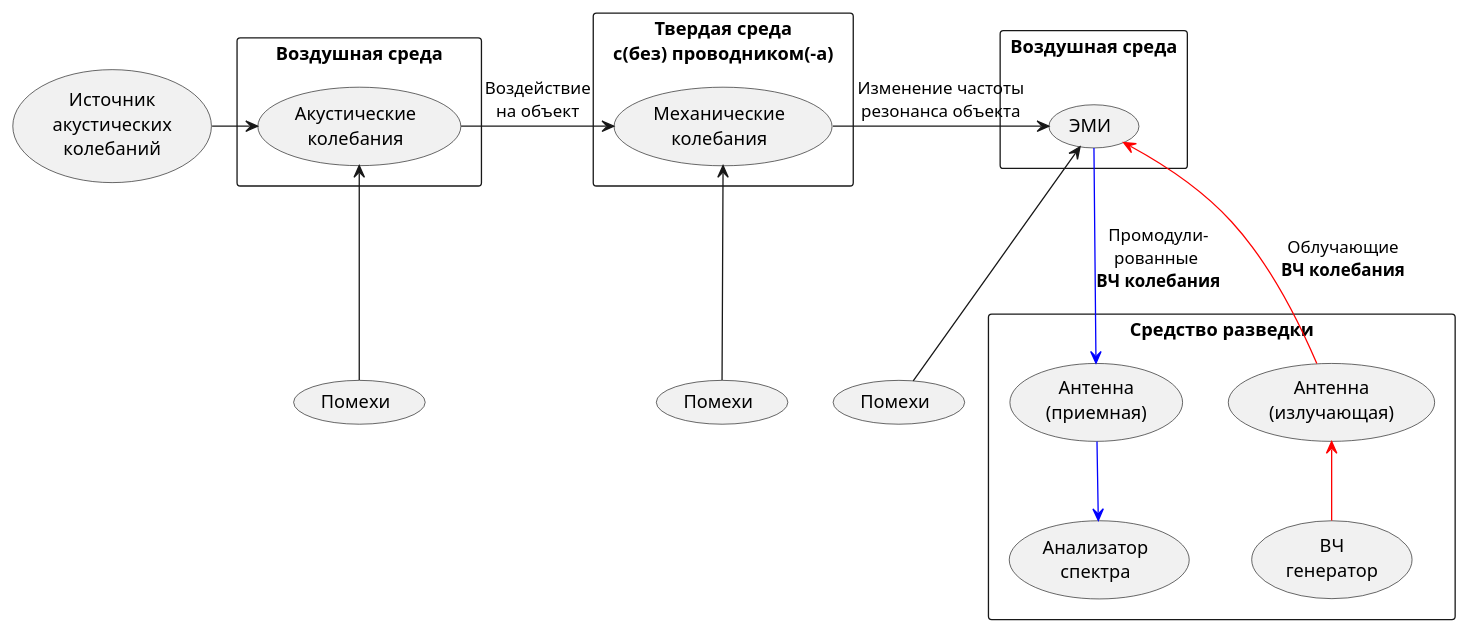
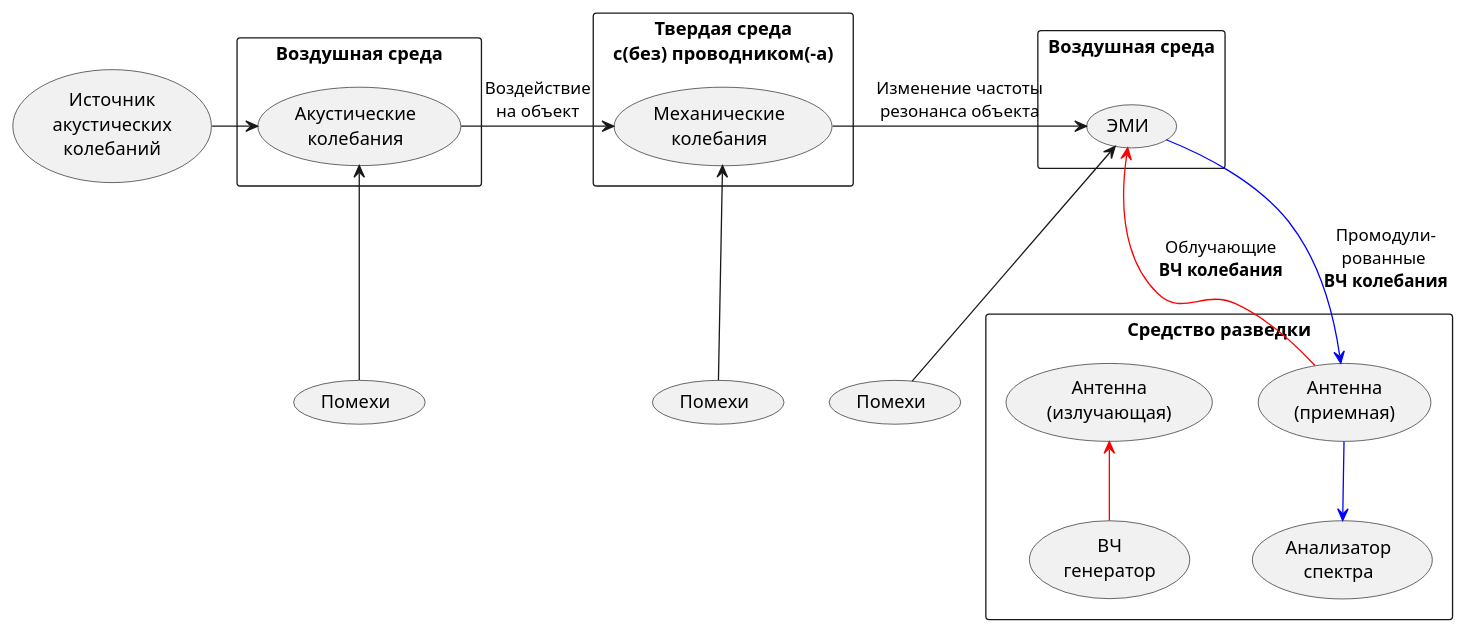
One commit to almkuznetsov/bmstu-kb changed the diagram in Заметки/ВЧО.md. Above: the diagram before and after it, drawn with PlantUML. The commit also changed 5 other files, not shown here.

Commit message:
#12 Редактированы названия блоков в схемах. Приведены к общему виду

````diff
--- a/Заметки/ВЧО.md
+++ b/Заметки/ВЧО.md
@@ -9,31 +9,31 @@
 ```plantuml
-usecase "Источник\nакустических\nколебаний" as SOURCE
+usecase "Источник\nакустических\nколебаний" as Istochnik
 rectangle "Воздушная среда" {
-	usecase "Акустические\nколебания" as AKUSTKOLEB
-	SOURCE -right-> AKUSTKOLEB
+	usecase "Акустические\nколебания" as AkustKoleb
+	Istochnik -right-> AkustKoleb
 }
 rectangle "Твердая среда\nc(без) проводником(-а)" {
-	usecase "Механические\nколебания" as MECHKOLEB
-	AKUSTKOLEB -right-> MECHKOLEB : Воздействие\nна объект
+	usecase "Механические\nколебания" as MechKoleb
+	AkustKoleb -right-> MechKoleb : Воздействие\nна объект
 }
 rectangle "Воздушная среда\n" {
-	usecase "ЭМИ" as EMI
-	MECHKOLEB -right-> EMI : Изменение частоты\nрезонанса объекта
+	usecase "ЭМИ" as Emi
+	MechKoleb -right-> Emi : Изменение частоты\nрезонанса объекта
 }
 rectangle "Средство разведки" {
 	usecase "Анализатор\nспектра" as AS
-	usecase "ВЧ\nгенератор" as HFGEN
-	usecase "Антенна\n(излучающая)" as TX
-	usecase "Антенна\n(приемная)" as RX
-	HFGEN -[#red]up-> TX
-	EMI <-[#red]- TX : Облучающие\n**ВЧ колебания**
-	AS <-[#blue]up- RX
-	EMI -[#blue]-> RX : Промодули-\nрованные \n**ВЧ колебания**
+	usecase "ВЧ\nгенератор" as Generator
+	usecase "Антенна\n(излучающая)" as AntennaIzl
+	usecase "Антенна\n(приемная)" as AntennaPriem
+	Generator -[#red]up-> AntennaIzl
+	Emi <-[#red]- AntennaPriem : Облучающие\n**ВЧ колебания**
+	AS <-[#blue]up- AntennaPriem
+	Emi -[#blue]-> AntennaPriem : Промодули-\nрованные \n**ВЧ колебания**
 }
-usecase "Помехи" as POMEHI1
-POMEHI1 -up-> EMI
-usecase "Помехи" as POMEHI2
-POMEHI2 -up-> MECHKOLEB
-usecase "Помехи" as POMEHI3
-POMEHI3 -up-> AKUSTKOLEB
+usecase "Помехи" as Pomehi1
+Pomehi1 -up-> Emi
+usecase "Помехи" as Pomehi2
+Pomehi2 -up-> MechKoleb
+usecase "Помехи" as Pomehi3
+Pomehi3 -up-> AkustKoleb
 ```
````
